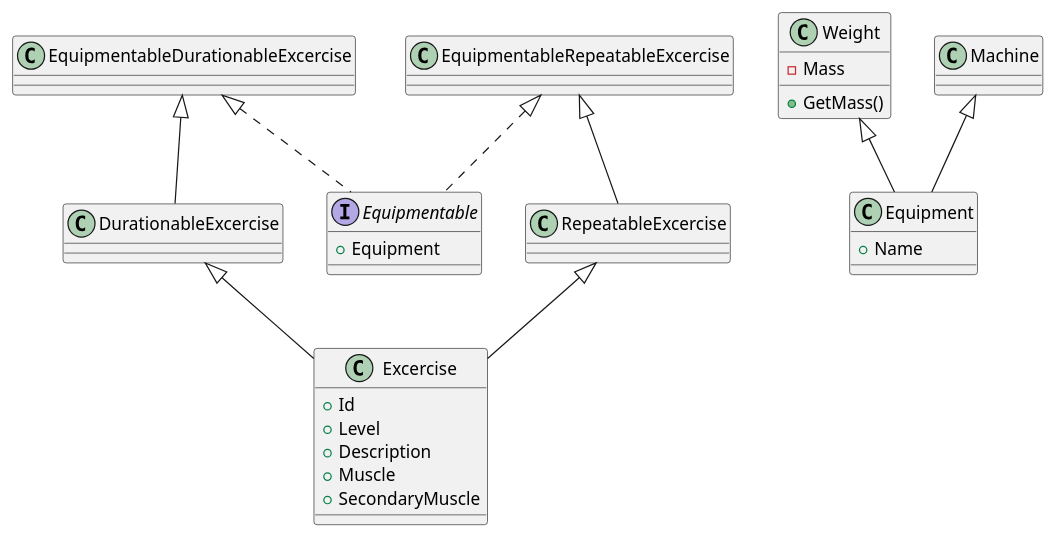
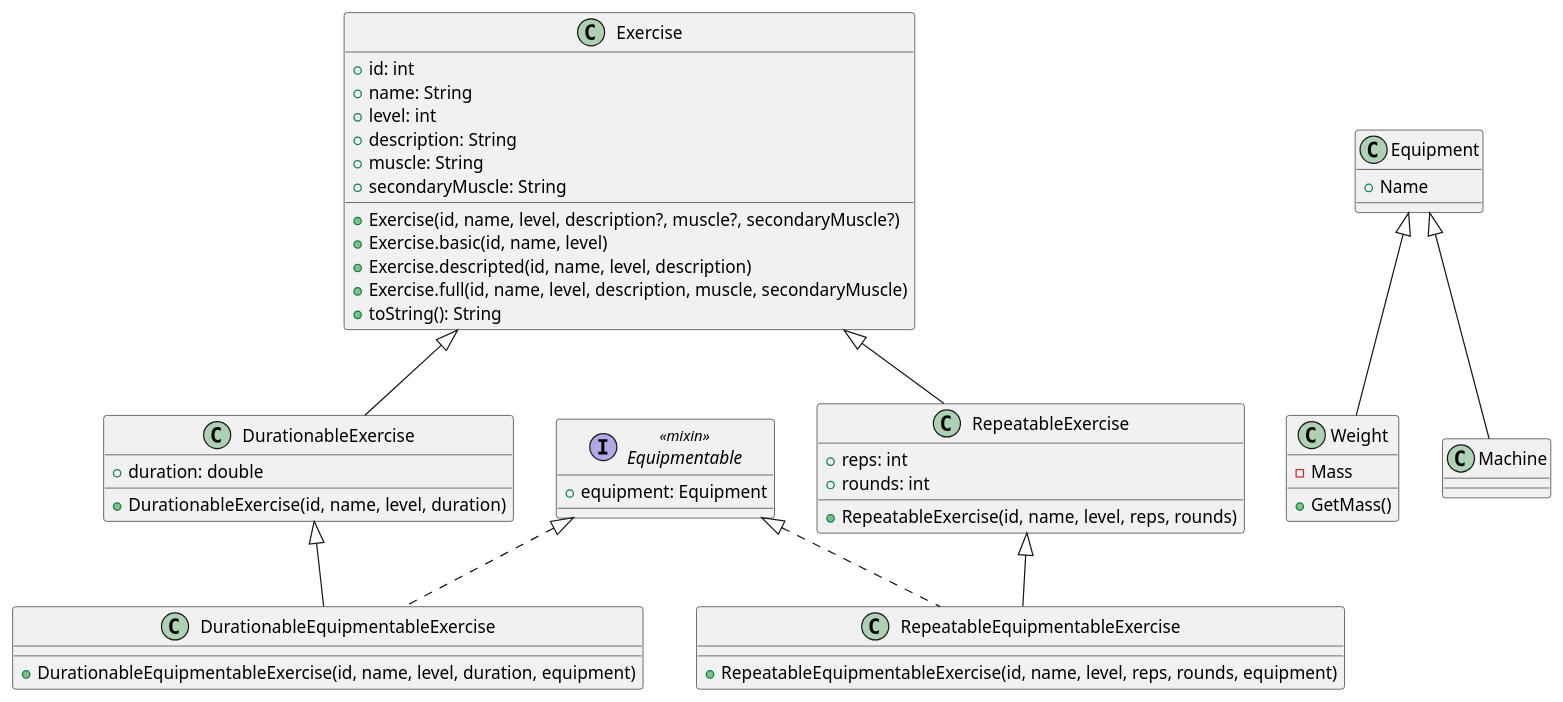
Before and after one commit to KATTSS/Workout_planner: the diagram in entities_diagram.puml, drawn with PlantUML. The commit also changed 2 other files, not shown here.

Commit message:
Fix: add name field to Excercise, correct the entities diagram

```diff
--- a/entities_diagram.puml
+++ b/entities_diagram.puml
@@ -1,55 +1,61 @@
 @startuml BaseEntities
 
-class Excercise {
-    + Id 
-    + Level
-    + Description 
-    + Muscle 
-    + SecondaryMuscle 
+class Exercise {
+    + id: int
+    + name: String 
+    + level: int 
+    + description: String  
+    + muscle: String 
+    + secondaryMuscle: String 
+    __
+    + Exercise(id, name, level, description?, muscle?, secondaryMuscle?)
+    + Exercise.basic(id, name, level) 
+    + Exercise.descripted(id, name, level, description) 
+    + Exercise.full(id, name, level, description, muscle, secondaryMuscle) 
+    + toString(): String 
 }
 
-interface Equipmentable{
-    + Equipment
+class DurationableExercise extends Exercise {
+    + duration: double 
+    __
+    + DurationableExercise(id, name, level, duration)
 }
 
-class DurationableExcercise{
-
+class RepeatableExercise extends Exercise {
+    + reps: int 
+    + rounds: int 
+    __
+    + RepeatableExercise(id, name, level, reps, rounds) 
 }
 
-class RepeatableExcercise {
-
+interface Equipmentable <<mixin>> {
+    + equipment: Equipment 
 }
 
-class EquipmentableDurationableExcercise {
-
+class RepeatableEquipmentableExercise extends RepeatableExercise implements Equipmentable {
+    __
+    + RepeatableEquipmentableExercise(id, name, level, reps, rounds, equipment)
 }
 
-class EquipmentableRepeatableExcercise {
-
+class DurationableEquipmentableExercise extends DurationableExercise implements Equipmentable {
+    __
+    + DurationableEquipmentableExercise(id, name, level, duration, equipment)
 }
 
 class Weight {
     - Mass 
+    __
     + GetMass()
 }
 
-class Machine{
+class Machine {
 }
 
 class Equipment {
     + Name
 }
 
-DurationableExcercise <|-- Excercise
-RepeatableExcercise <|-- Excercise
+Equipment <|-- Machine
+Equipment <|-- Weight
 
-
-EquipmentableDurationableExcercise <|-- DurationableExcercise
-EquipmentableRepeatableExcercise <|-- RepeatableExcercise
-
-EquipmentableDurationableExcercise <|.. Equipmentable
-EquipmentableRepeatableExcercise <|.. Equipmentable
-
-Machine <|-- Equipment
-Weight <|-- Equipment
-@enduml 
+@enduml
```
